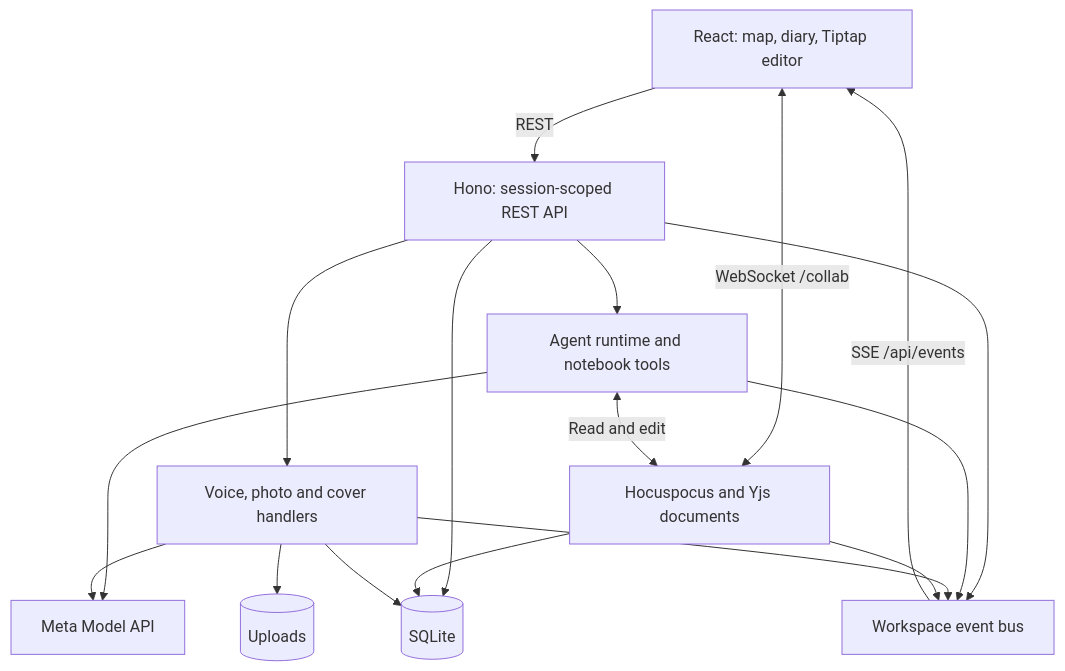
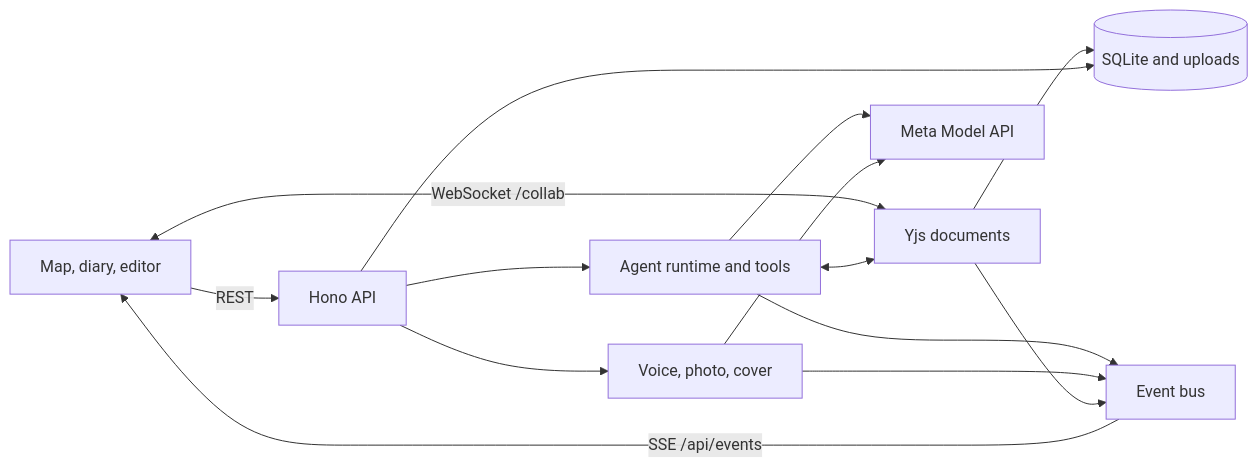
The diagram in README.md (GLDRoger/inkwell), drawn with Mermaid before and after one commit. The commit also changed other lines of this file and 5 other files, not shown here.

````diff
--- a/README.md
+++ b/README.md
@@ -36,28 +47,14 @@
 ```mermaid
-flowchart TD
-    UI[React: map, diary, Tiptap editor]
-    API[Hono: session-scoped REST API]
-    RUN[Agent runtime and notebook tools]
-    MEDIA[Voice, photo and cover handlers]
-    DOC[Hocuspocus and Yjs documents]
-    EVENTS[Workspace event bus]
-    DB[(SQLite)]
-    FILES[(Uploads)]
-    META[Meta Model API]
-    UI -->|REST| API
-    UI <-->|WebSocket /collab| DOC
-    API --> RUN
-    API --> MEDIA
+flowchart LR
+    UI[Map, diary, editor] -->|REST| API[Hono API]
+    UI <-->|WebSocket /collab| DOC[Yjs documents]
+    API --> RUN[Agent runtime and tools]
+    API --> MEDIA[Voice, photo, cover]
+    RUN <--> DOC
+    RUN --> META[Meta Model API]
+    MEDIA --> META
+    DOC --> DB[(SQLite and uploads)]
     API --> DB
-    RUN <-->|Read and edit| DOC
-    DOC --> DB
-    RUN --> META
-    MEDIA --> META
-    MEDIA --> DB
-    MEDIA --> FILES
-    API --> EVENTS
-    RUN --> EVENTS
-    MEDIA --> EVENTS
-    DOC --> EVENTS
-    EVENTS -->|SSE /api/events| UI
+    RUN & MEDIA & DOC --> BUS[Event bus]
+    BUS -->|SSE /api/events| UI
 ```
````
